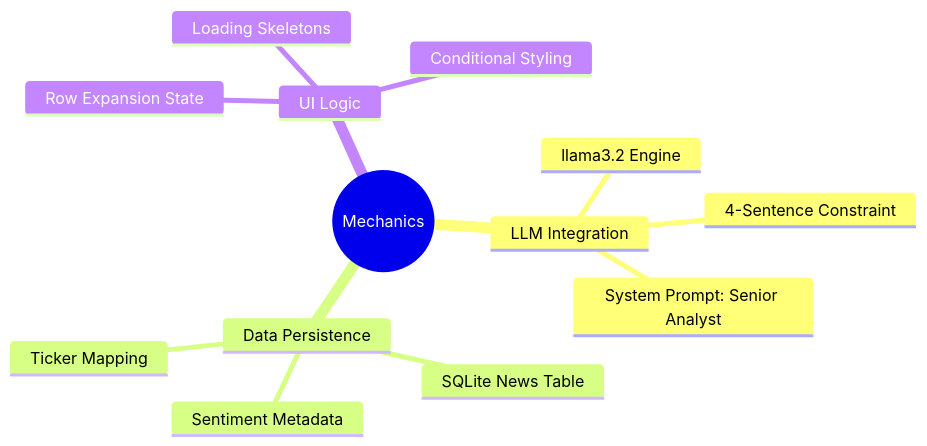
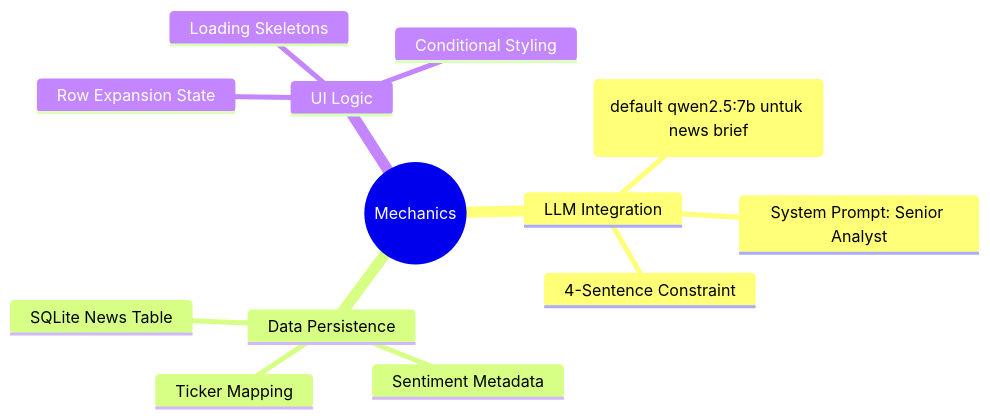
Before and after one commit to juanpradana/MarketPulse: the third of 5 diagrams in docs/NEWS_LIBRARY_DOCUMENTATION.md, drawn with Mermaid. The commit also changed other lines of this file and 10 other files, not shown here.

````diff
--- a/docs/NEWS_LIBRARY_DOCUMENTATION.md
+++ b/docs/NEWS_LIBRARY_DOCUMENTATION.md
@@ -83,16 +86,16 @@
 ```mermaid
 mindmap
   root((Mechanics))
     LLM Integration
-      llama3.2 Engine
+      Ollama LLM (default qwen2.5:7b untuk news brief)
       System Prompt: Senior Analyst
       4-Sentence Constraint
     Data Persistence
       SQLite News Table
       Sentiment Metadata
       Ticker Mapping
     UI Logic
       Row Expansion State
       Loading Skeletons
       Conditional Styling
 ```
````
